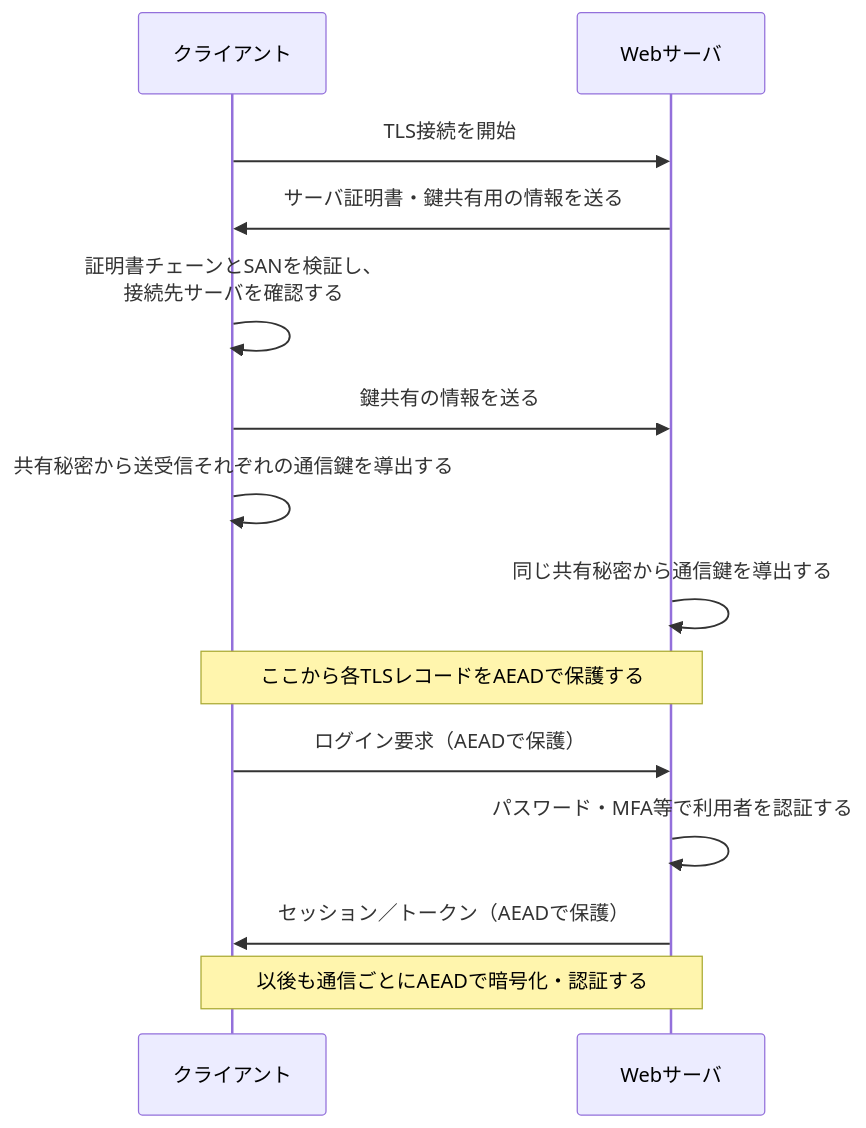
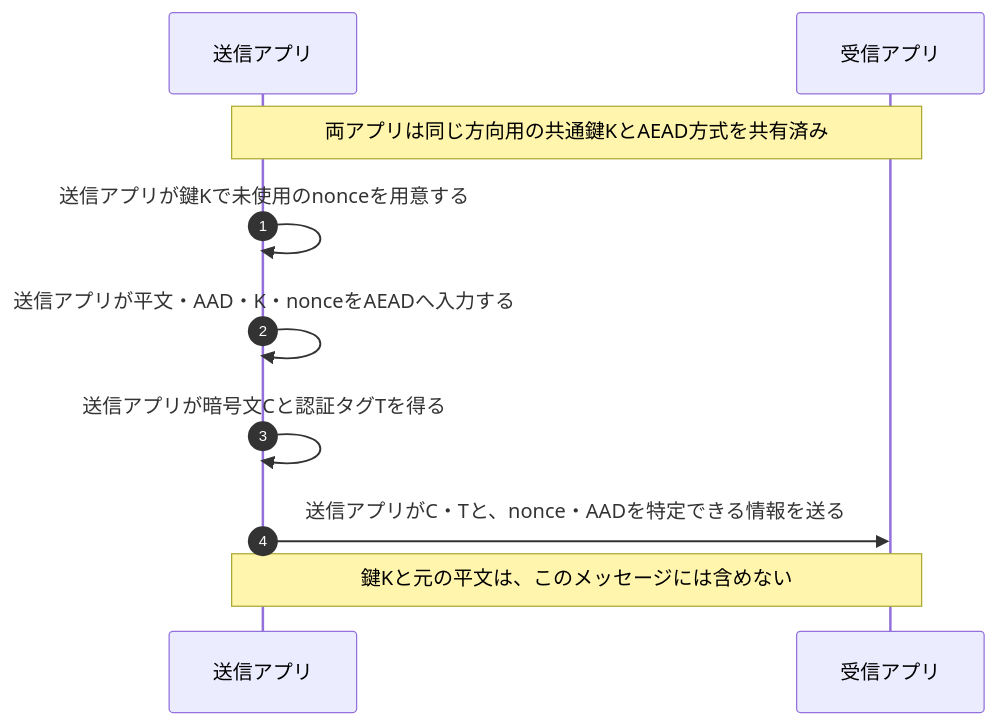
Before and after one commit to ryusuke2003/security-specialist-study: the first of 2 diagrams in 復習用/流れ図/AEADの暗号化と認証タグ検証.md, drawn with Mermaid. The commit also changed other lines of this file and 26 other files, not shown here.

Commit message:
流れ図全23資料の主体と処理段階を明確化し構造検査を追加

````diff
--- a/復習用/流れ図/AEADの暗号化と認証タグ検証.md
+++ b/復習用/流れ図/AEADの暗号化と認証タグ検証.md
@@ -7,17 +11,13 @@
 ```mermaid
 sequenceDiagram
-    participant C as クライアント
-    participant S as Webサーバ
+    autonumber
+    participant S as 送信アプリ
+    participant R as 受信アプリ
 
-    C->>S: TLS接続を開始
-    S->>C: サーバ証明書・鍵共有用の情報を送る
-    C->>C: 証明書チェーンとSANを検証し、<br/>接続先サーバを確認する
-    C->>S: 鍵共有の情報を送る
-    C->>C: 共有秘密から送受信それぞれの通信鍵を導出する
-    S->>S: 同じ共有秘密から通信鍵を導出する
-    Note over C,S: ここから各TLSレコードをAEADで保護する
-    C->>S: ログイン要求（AEADで保護）
-    S->>S: パスワード・MFA等で利用者を認証する
-    S->>C: セッション／トークン（AEADで保護）
-    Note over C,S: 以後も通信ごとにAEADで暗号化・認証する
+    Note over S,R: 両アプリは同じ方向用の共通鍵KとAEAD方式を共有済み
+    S->>S: 送信アプリが鍵Kで未使用のnonceを用意する
+    S->>S: 送信アプリが平文・AAD・K・nonceをAEADへ入力する
+    S->>S: 送信アプリが暗号文Cと認証タグTを得る
+    S->>R: 送信アプリがC・Tと、nonce・AADを特定できる情報を送る
+    Note over S,R: 鍵Kと元の平文は、このメッセージには含めない
 ```
````
